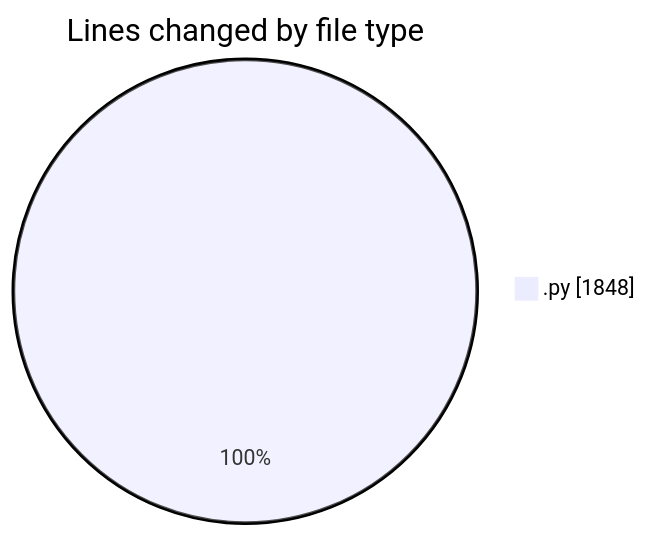
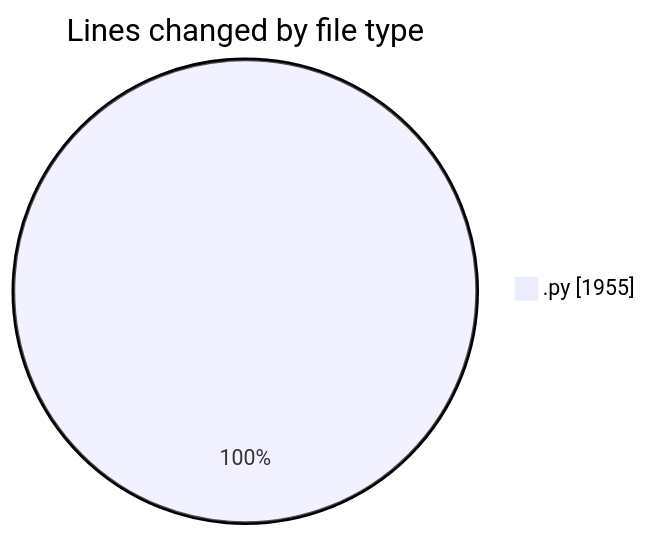
One commit to julien-gomy/code-tracking changed the first of 2 diagrams in 2025-11-25/eventscop-api-guide__workspace_/README.md. Above: the diagram before and after it, drawn with Mermaid. The commit also changed other lines of this file and 1 other file, not shown here.

````diff
--- a/2025-11-25/eventscop-api-guide__workspace_/README.md
+++ b/2025-11-25/eventscop-api-guide__workspace_/README.md
@@ -23,5 +23,5 @@
 ```mermaid
 pie showData
 title Lines changed by file type
-".py" : 1848
+".py" : 1955
 ```
````
